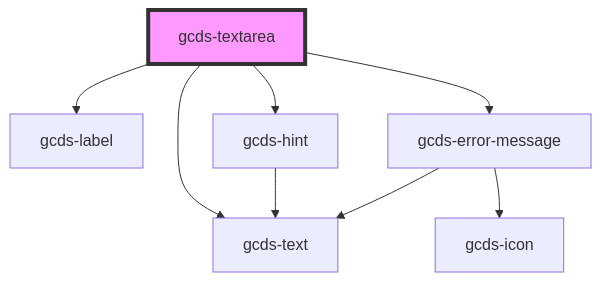
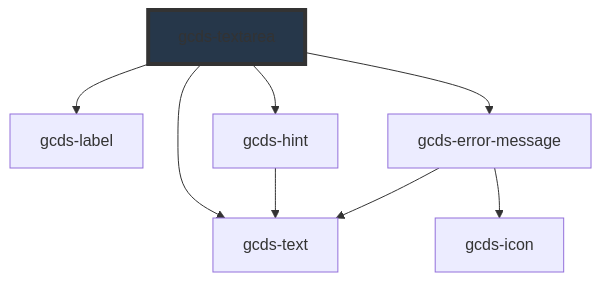
The diagram in packages/web/src/components/gcds-textarea/readme.md (cds-snc/gcds-components), drawn with Mermaid before and after one commit. The commit also changed other lines of this file and 21 other files, not shown here.

````diff
--- a/packages/web/src/components/gcds-textarea/readme.md
+++ b/packages/web/src/components/gcds-textarea/readme.md
@@ -63,11 +63,11 @@
 ```mermaid
 graph TD;
   gcds-textarea --> gcds-label
   gcds-textarea --> gcds-hint
   gcds-textarea --> gcds-error-message
   gcds-textarea --> gcds-text
   gcds-hint --> gcds-text
   gcds-error-message --> gcds-text
   gcds-error-message --> gcds-icon
-  style gcds-textarea fill:#f9f,stroke:#333,stroke-width:4px
+  style gcds-textarea fill:#26374a,stroke:#333,stroke-width:4px
 ```
````
